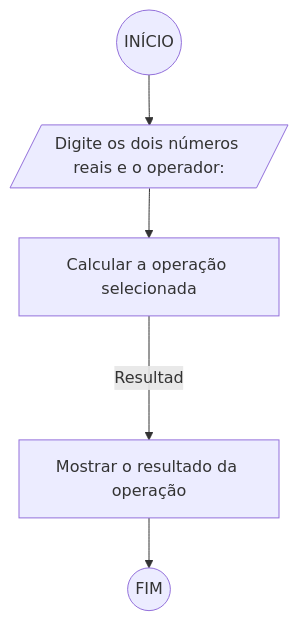
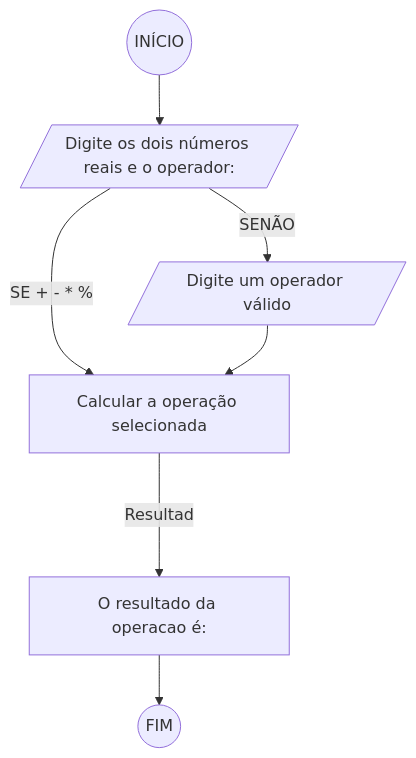
Before and after one commit to IamTheNewGhost57/Unifor: the third of 4 diagrams in RLA/Lista de Exercícios 02.md, drawn with Mermaid.

Commit message:
Update Lista de Exercícios 02.md

````diff
--- a/RLA/Lista de Exercícios 02.md
+++ b/RLA/Lista de Exercícios 02.md
@@ -77,7 +77,9 @@
 ```mermaid
 flowchart TD
     Inicio((INÍCIO)) --> NumerosOperador[/Digite os dois números reais e o operador:/]
-    NumerosOperador --> CalcularOP[Calcular a operação selecionada]
-    CalcularOP --Resultado--> MostrarResultado[Mostrar o resultado da operação]
+    NumerosOperador --SE + - * %--> CalcularOP[Calcular a operação selecionada]
+    NumerosOperador --SENÃO--> OperadorValido[/Digite um operador válido/]
+    OperadorValido --> CalcularOP
+    CalcularOP --Resultado--> MostrarResultado[O resultado da operacao é:]
     MostrarResultado --> Fim((FIM))
 ```
````
